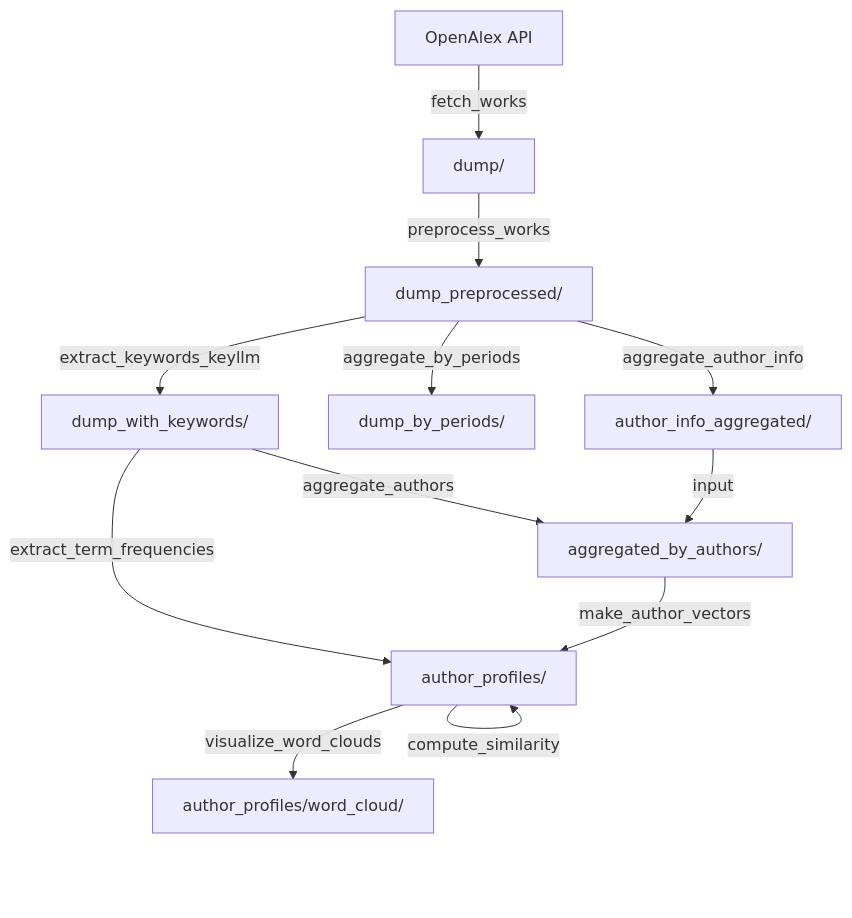
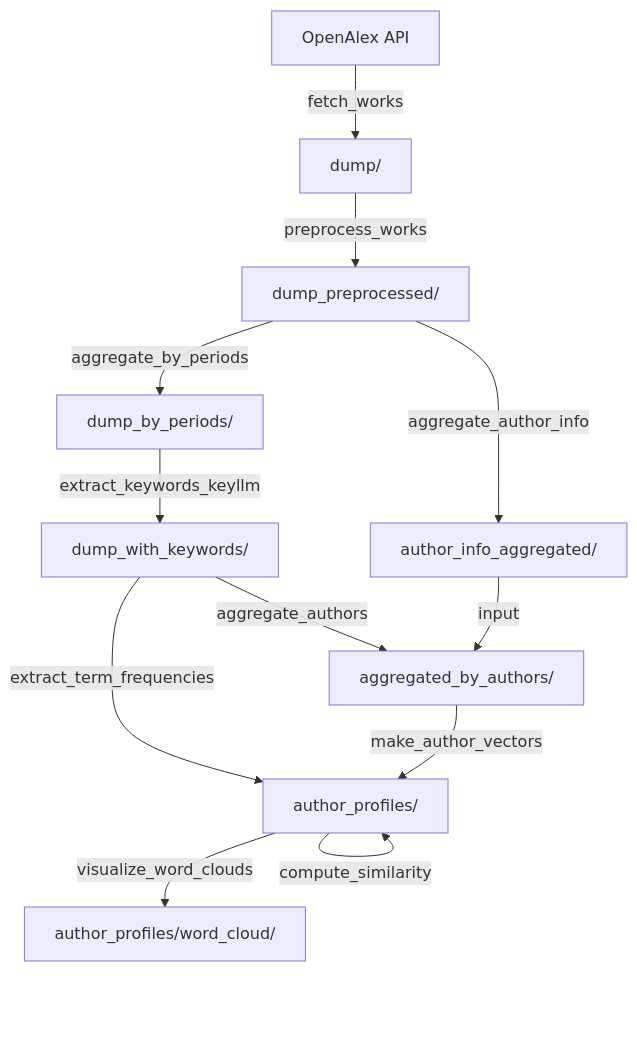
The diagram in README.md (lfoppiano/cocoa-visualisation), drawn with Mermaid before and after one commit. The commit also changed other lines of this file, not shown here.

````diff
--- a/README.md
+++ b/README.md
@@ -44,14 +44,14 @@
 ```mermaid
 flowchart TD
     A[OpenAlex API] -->|fetch_works| B[dump/]
     B -->|preprocess_works| C[dump_preprocessed/]
     C -->|aggregate_author_info| D[author_info_aggregated/]
     C -->|aggregate_by_periods| E[dump_by_periods/]
-    C -->|extract_keywords_keyllm| F[dump_with_keywords/]
+    E -->|extract_keywords_keyllm| F[dump_with_keywords/]
     F -->|aggregate_authors| G[aggregated_by_authors/]
     D -->|input| G
     F -->|extract_term_frequencies| H[author_profiles/]
     G -->|make_author_vectors| H
     H -->|compute_similarity| H
     H -->|visualize_word_clouds| I[author_profiles/word_cloud/]
 ```
````
